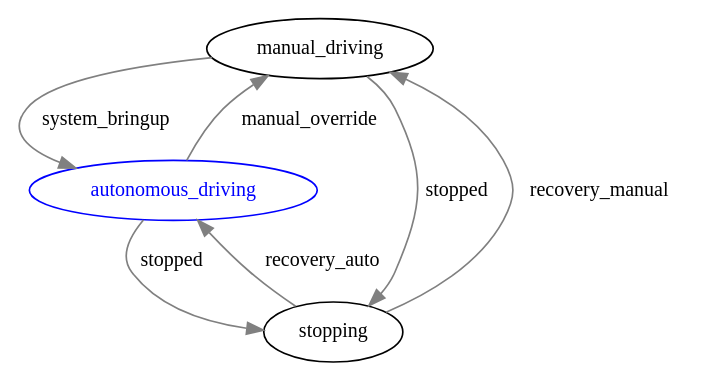
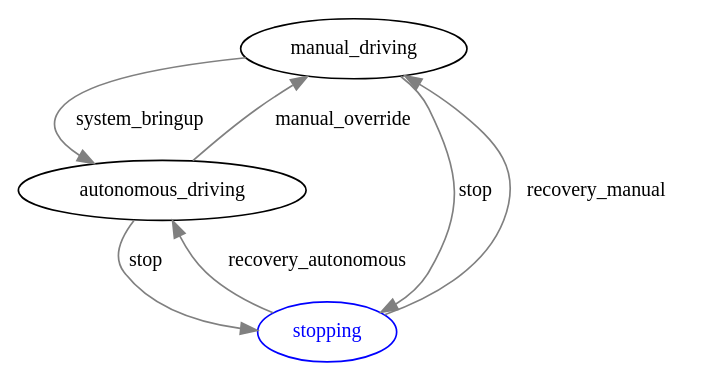
Before and after one commit to rigelVY/Reinventing-the-Wheel: the diagram in src/state_machine/rostate_machine/data/control_state_machine.dot, drawn with Graphviz. The commit also changed 4 other files, not shown here.

```diff
--- a/src/state_machine/rostate_machine/data/control_state_machine.dot
+++ b/src/state_machine/rostate_machine/data/control_state_machine.dot
@@ -1,46 +1,46 @@
 digraph G {
 graph [bgcolor=white]
 0 [color=black,fontsize=12,shape=ellipse,label="manual_driving"]
 ;
-1 [color=blue,fontsize=12,shape=ellipse,label="autonomous_driving"]
+1 [color=black,fontsize=12,shape=ellipse,label="autonomous_driving"]
+;
+2 [color=blue,fontsize=12,shape=ellipse,label="stopping"]
 [fontcolor=blue]
-;
-2 [color=black,fontsize=12,shape=ellipse,label="stopping"]
 ;
 0->1 [color=gray]
 [fontsize=12]
 [style=solid]
 [fontcolor=black]
 [label="system_bringup"]
 ;
 0->2 [color=gray]
 [fontsize=12]
 [style=solid]
 [fontcolor=black]
-[label="stopped"]
+[label="stop"]
 ;
 1->0 [color=gray]
 [fontsize=12]
 [style=solid]
 [fontcolor=black]
 [label="manual_override"]
 ;
 1->2 [color=gray]
 [fontsize=12]
 [style=solid]
 [fontcolor=black]
-[label="stopped"]
+[label="stop"]
 ;
 2->0 [color=gray]
 [fontsize=12]
 [style=solid]
 [fontcolor=black]
 [label="recovery_manual"]
 ;
 2->1 [color=gray]
 [fontsize=12]
 [style=solid]
 [fontcolor=black]
-[label="recovery_auto"]
+[label="recovery_autonomous"]
 ;
 }
```
